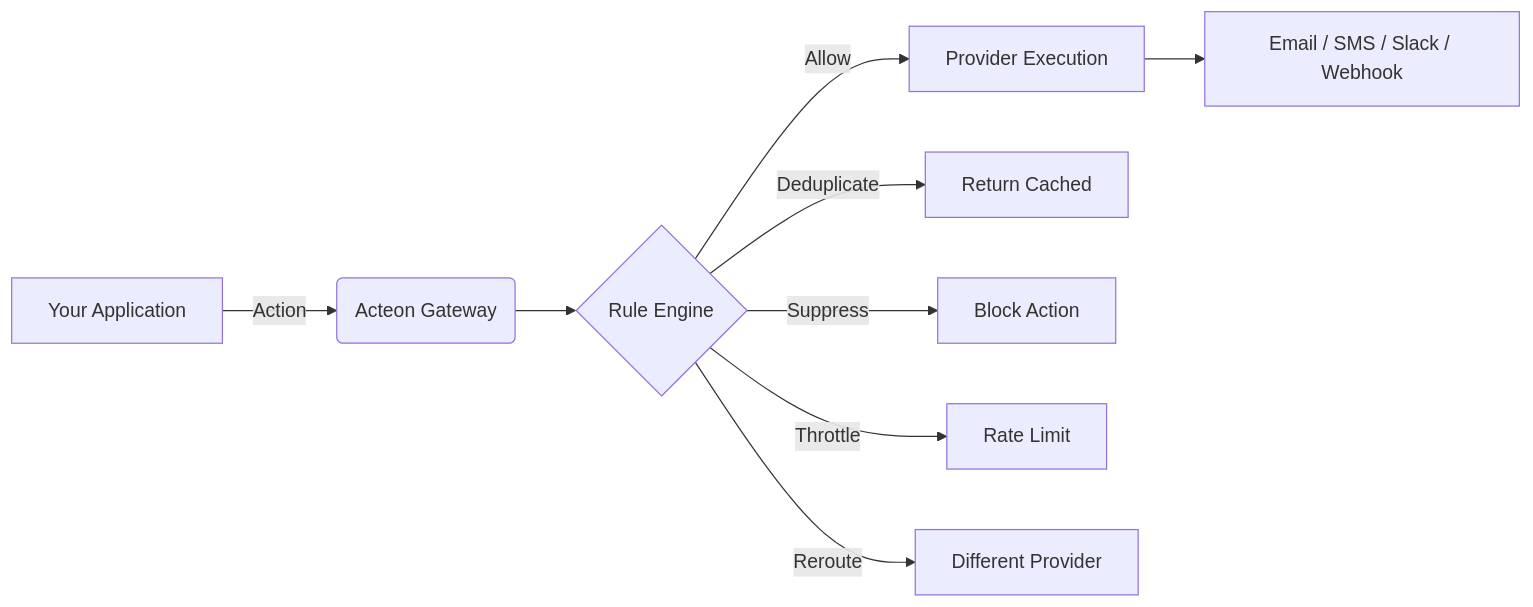
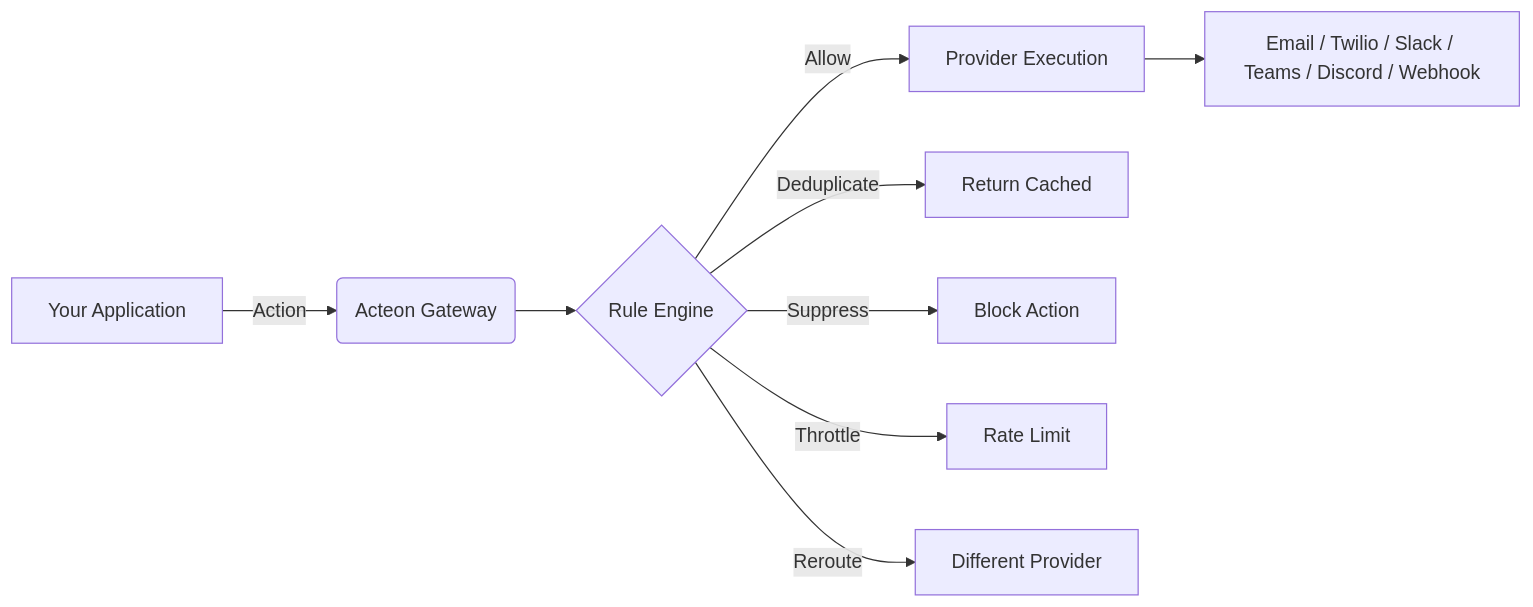
The first of 2 diagrams in docs/book/index.md (penserai/acteon), drawn with Mermaid before and after one commit. The commit also changed other lines of this file and 40 other files, not shown here.

First line of the commit message:
feat: add native providers for Twilio, Teams, and Discord (#23)

````diff
--- a/docs/book/index.md
+++ b/docs/book/index.md
@@ -30,11 +30,11 @@
 ```mermaid
 flowchart LR
     A[Your Application] -->|Action| B(Acteon Gateway)
     B --> C{Rule Engine}
     C -->|Allow| D[Provider Execution]
     C -->|Deduplicate| E[Return Cached]
     C -->|Suppress| F[Block Action]
     C -->|Throttle| G[Rate Limit]
     C -->|Reroute| H[Different Provider]
-    D --> I[Email / SMS / Slack / Webhook]
+    D --> I[Email / Twilio / Slack / Teams / Discord / Webhook]
 ```
````
